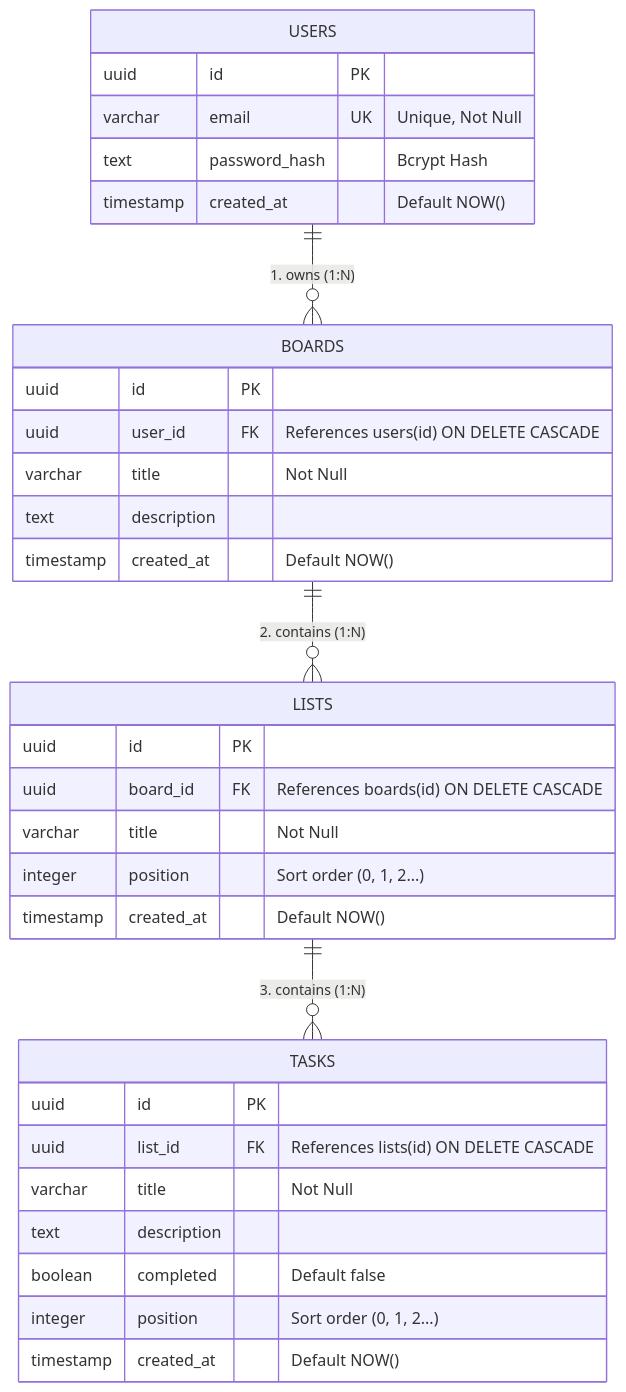
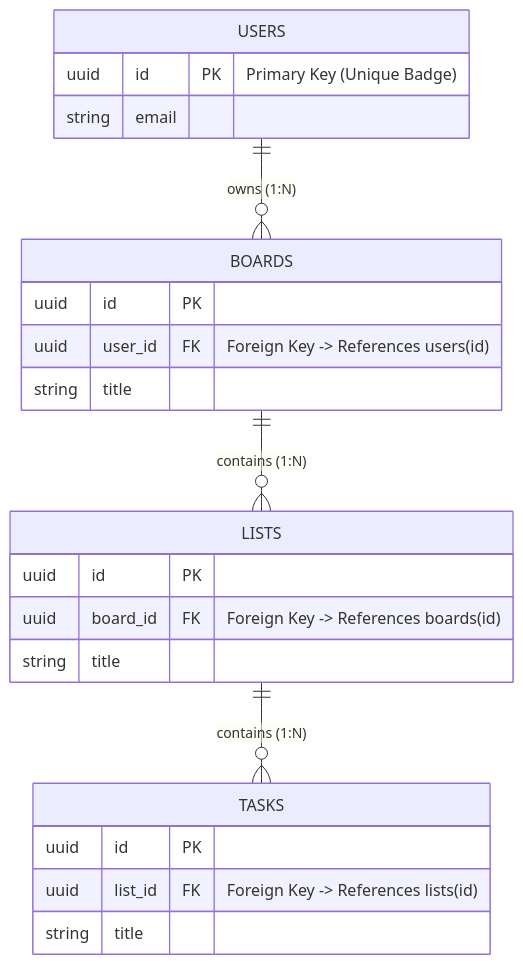
One commit to ajibolagenius/LagosDataSchool changed the second of 2 diagrams in full_stack_development_class_notes/Week 16_ PostgreSQL & Drizzle ORM.md. Above: the diagram before and after it, drawn with Mermaid. The commit also changed other lines of this file and 20 other files, not shown here.

````diff
--- a/full_stack_development_class_notes/Week 16_ PostgreSQL & Drizzle ORM.md
+++ b/full_stack_development_class_notes/Week 16_ PostgreSQL & Drizzle ORM.md
@@ -24,39 +48,26 @@
 ```mermaid
 erDiagram
-    USERS ||--o{ BOARDS : "1. owns (1:N)"
-    BOARDS ||--o{ LISTS : "2. contains (1:N)"
-    LISTS ||--o{ TASKS : "3. contains (1:N)"
+    USERS ||--o{ BOARDS : "owns (1:N)"
+    BOARDS ||--o{ LISTS : "contains (1:N)"
+    LISTS ||--o{ TASKS : "contains (1:N)"
 
     USERS {
-        uuid id PK
-        varchar email UK "Unique, Not Null"
-        text password_hash "Bcrypt Hash"
-        timestamp created_at "Default NOW()"
+        uuid id PK "Primary Key (Unique Badge)"
+        string email
     }
-
     BOARDS {
         uuid id PK
-        uuid user_id FK "References users(id) ON DELETE CASCADE"
-        varchar title "Not Null"
-        text description
-        timestamp created_at "Default NOW()"
+        uuid user_id FK "Foreign Key -> References users(id)"
+        string title
     }
-
     LISTS {
         uuid id PK
-        uuid board_id FK "References boards(id) ON DELETE CASCADE"
-        varchar title "Not Null"
-        integer position "Sort order (0, 1, 2...)"
-        timestamp created_at "Default NOW()"
+        uuid board_id FK "Foreign Key -> References boards(id)"
+        string title
     }
-
     TASKS {
         uuid id PK
-        uuid list_id FK "References lists(id) ON DELETE CASCADE"
-        varchar title "Not Null"
-        text description
-        boolean completed "Default false"
-        integer position "Sort order (0, 1, 2...)"
-        timestamp created_at "Default NOW()"
+        uuid list_id FK "Foreign Key -> References lists(id)"
+        string title
     }
 ```
````
